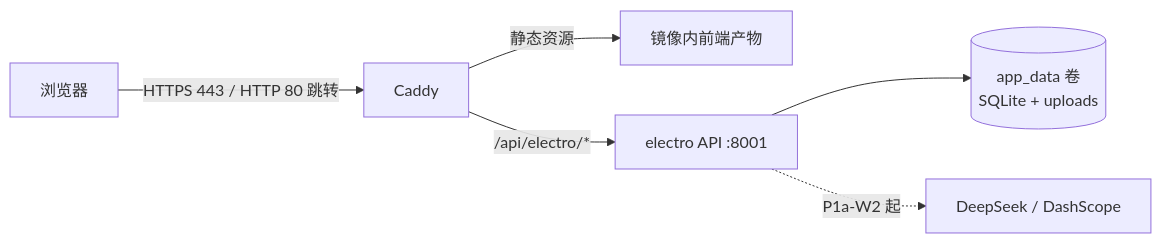
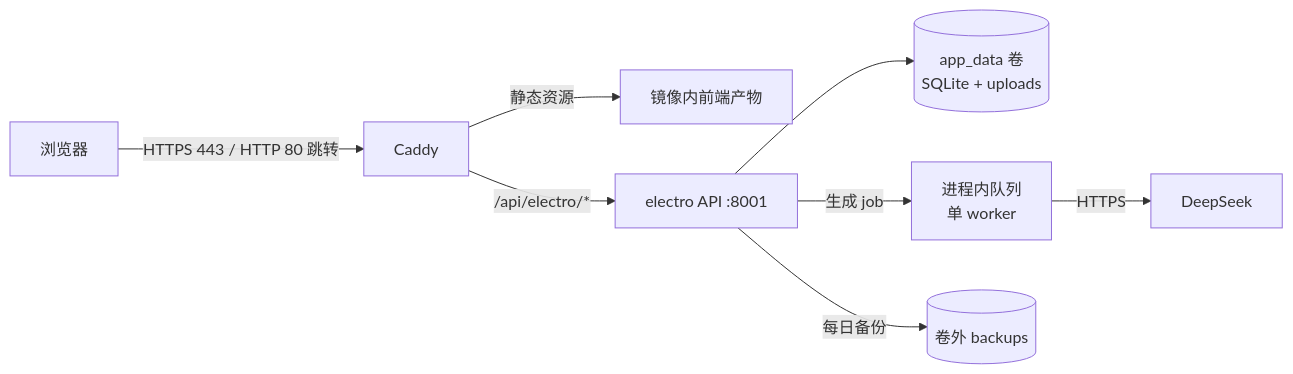
The first of 3 diagrams in docs/ARCHITECTURE.md (wenjian465276871-arch/matrix-hub), drawn with Mermaid before and after one commit. The commit also changed other lines of this file and 36 other files, not shown here.

````diff
--- a/docs/ARCHITECTURE.md
+++ b/docs/ARCHITECTURE.md
@@ -8,8 +8,10 @@
 ```mermaid
 flowchart LR
   U[浏览器] -->|HTTPS 443 / HTTP 80 跳转| C[Caddy]
   C -->|静态资源| S[镜像内前端产物]
   C -->|/api/electro/*| E[electro API :8001]
   E --> D[(app_data 卷<br/>SQLite + uploads)]
-  E -.->|P1a-W2 起| L[DeepSeek / DashScope]
+  E -->|生成 job| Q[进程内队列<br/>单 worker]
+  Q -->|HTTPS| L[DeepSeek]
+  E -->|每日备份| BK[(卷外 backups)]
 ```
````
